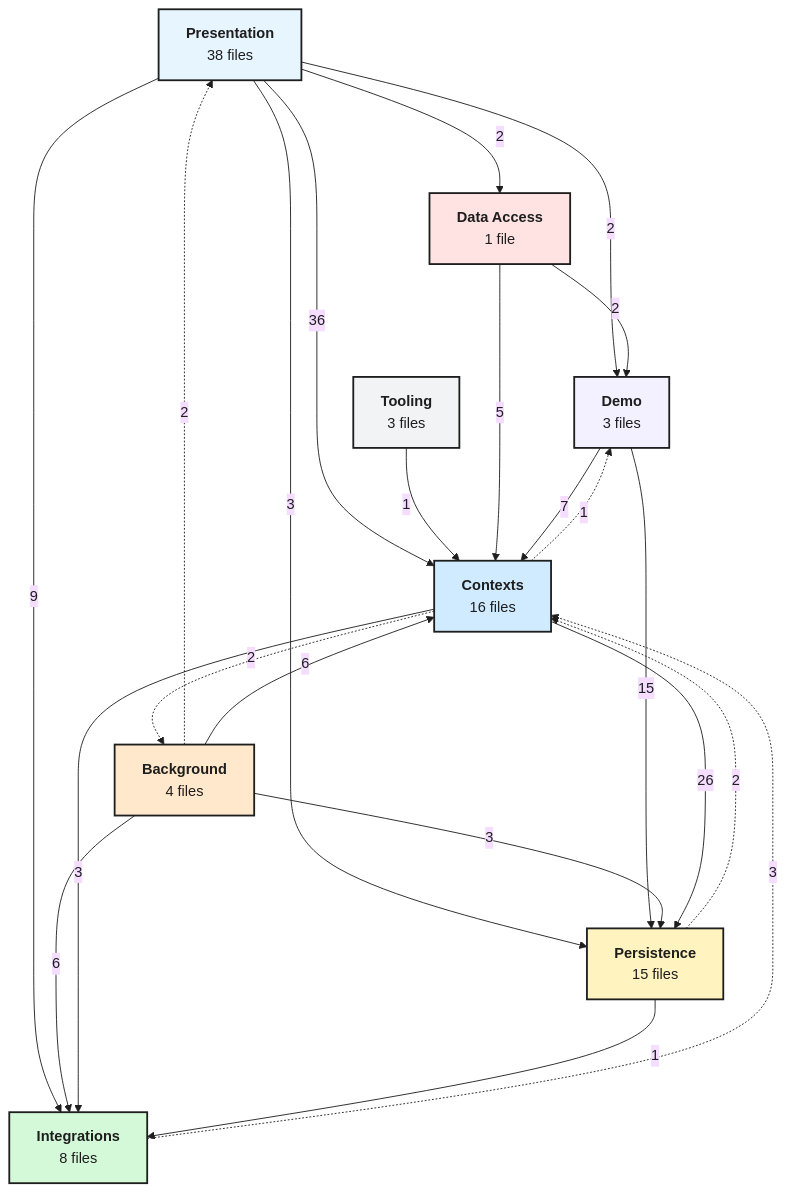
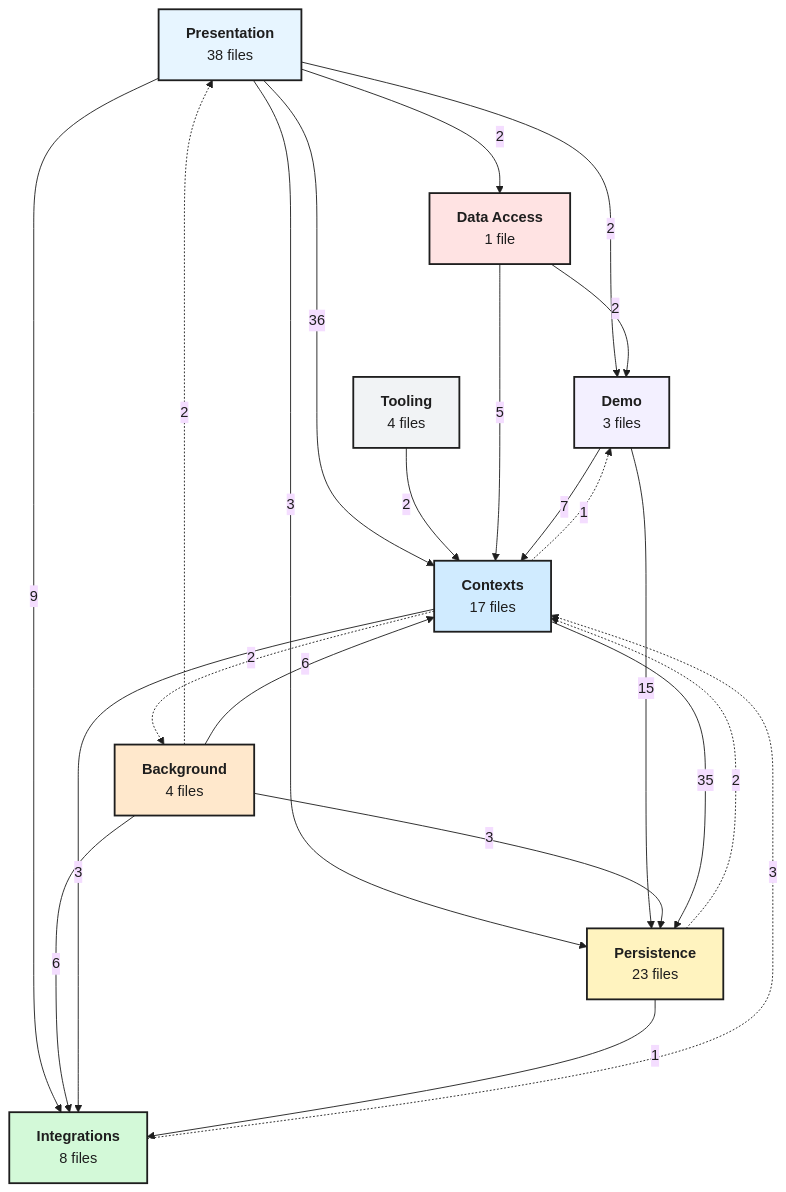
The second of 2 diagrams in docs/architecture.md (sudo-adduser-jordan/tripwire), drawn with Mermaid before and after one commit. The commit also changed other lines of this file and 16 other files, not shown here.

````diff
--- a/docs/architecture.md
+++ b/docs/architecture.md
@@ -70,41 +70,41 @@
 ```mermaid
 %%{init: {"theme": "base", "flowchart": {"curve": "basis", "nodeSpacing": 60, "rankSpacing": 100, "wrappingWidth": 200}, "themeVariables": {"fontFamily": "sans-serif", "lineColor": "#1e1e1e", "primaryTextColor": "#1e1e1e"}}}%%
 flowchart TD
   presentation["<b>Presentation</b><br/>38 files"]:::blue
-  tooling["<b>Tooling</b><br/>3 files"]:::gray
+  tooling["<b>Tooling</b><br/>4 files"]:::gray
   data_access["<b>Data Access</b><br/>1 file"]:::rose
   demo["<b>Demo</b><br/>3 files"]:::violet
   background["<b>Background</b><br/>4 files"]:::orange
-  contexts["<b>Contexts</b><br/>16 files"]:::cyan
-  persistence["<b>Persistence</b><br/>15 files"]:::yellow
+  contexts["<b>Contexts</b><br/>17 files"]:::cyan
+  persistence["<b>Persistence</b><br/>23 files"]:::yellow
   integrations["<b>Integrations</b><br/>8 files"]:::green
   presentation -->|2| data_access
   presentation -->|2| demo
   presentation -->|36| contexts
   presentation -->|3| persistence
   presentation -->|9| integrations
-  tooling -->|1| contexts
+  tooling -->|2| contexts
   data_access -->|2| demo
   data_access -->|5| contexts
   demo -->|7| contexts
   demo -->|15| persistence
   background -.->|2| presentation
   background -->|6| contexts
   background -->|3| persistence
   background -->|6| integrations
   contexts -.->|1| demo
   contexts -.->|2| background
-  contexts -->|26| persistence
+  contexts -->|35| persistence
   contexts -->|3| integrations
   persistence -.->|2| contexts
   persistence -->|1| integrations
   integrations -.->|3| contexts
   classDef blue fill:#e7f5ff,stroke:#1e1e1e,stroke-width:2px,color:#1e1e1e
   classDef gray fill:#f1f3f5,stroke:#1e1e1e,stroke-width:2px,color:#1e1e1e
   classDef rose fill:#ffe3e3,stroke:#1e1e1e,stroke-width:2px,color:#1e1e1e
   classDef violet fill:#f3f0ff,stroke:#1e1e1e,stroke-width:2px,color:#1e1e1e
   classDef orange fill:#ffe8cc,stroke:#1e1e1e,stroke-width:2px,color:#1e1e1e
   classDef cyan fill:#d0ebff,stroke:#1e1e1e,stroke-width:2px,color:#1e1e1e
   classDef yellow fill:#fff3bf,stroke:#1e1e1e,stroke-width:2px,color:#1e1e1e
   classDef green fill:#d3f9d8,stroke:#1e1e1e,stroke-width:2px,color:#1e1e1e
 ```
````
